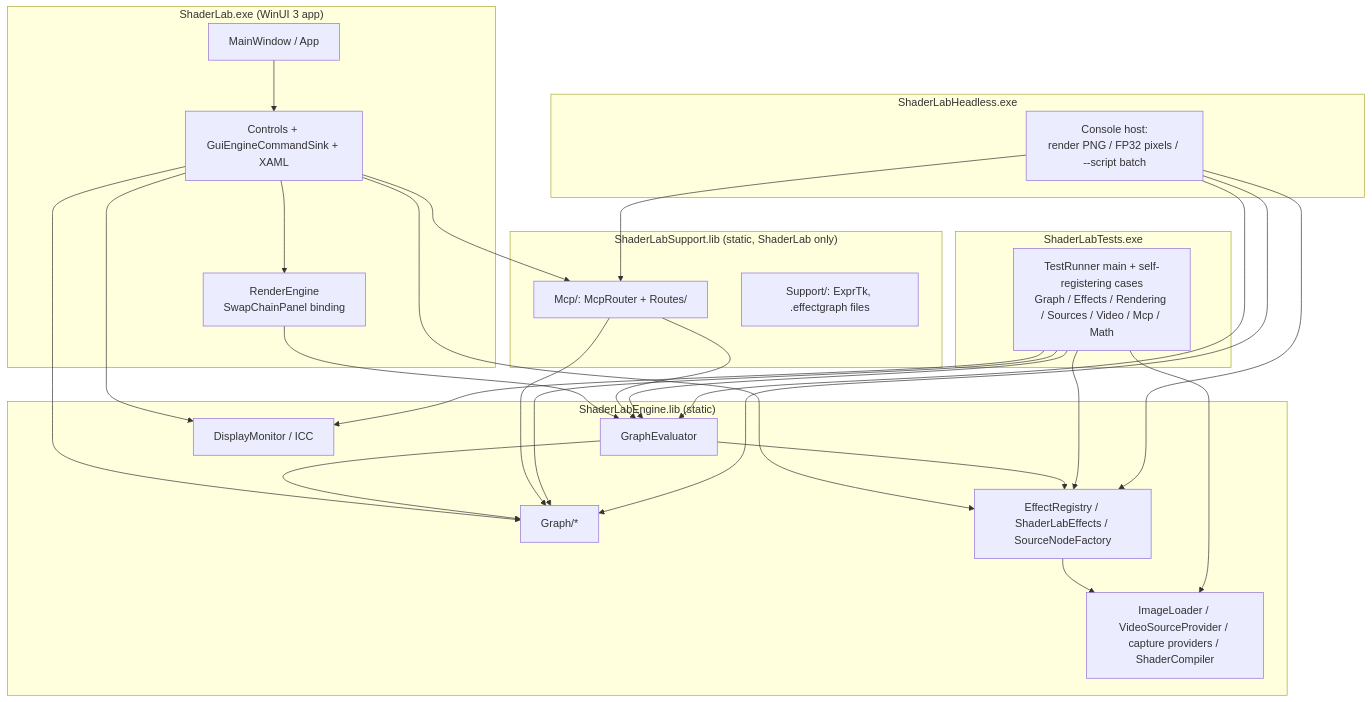
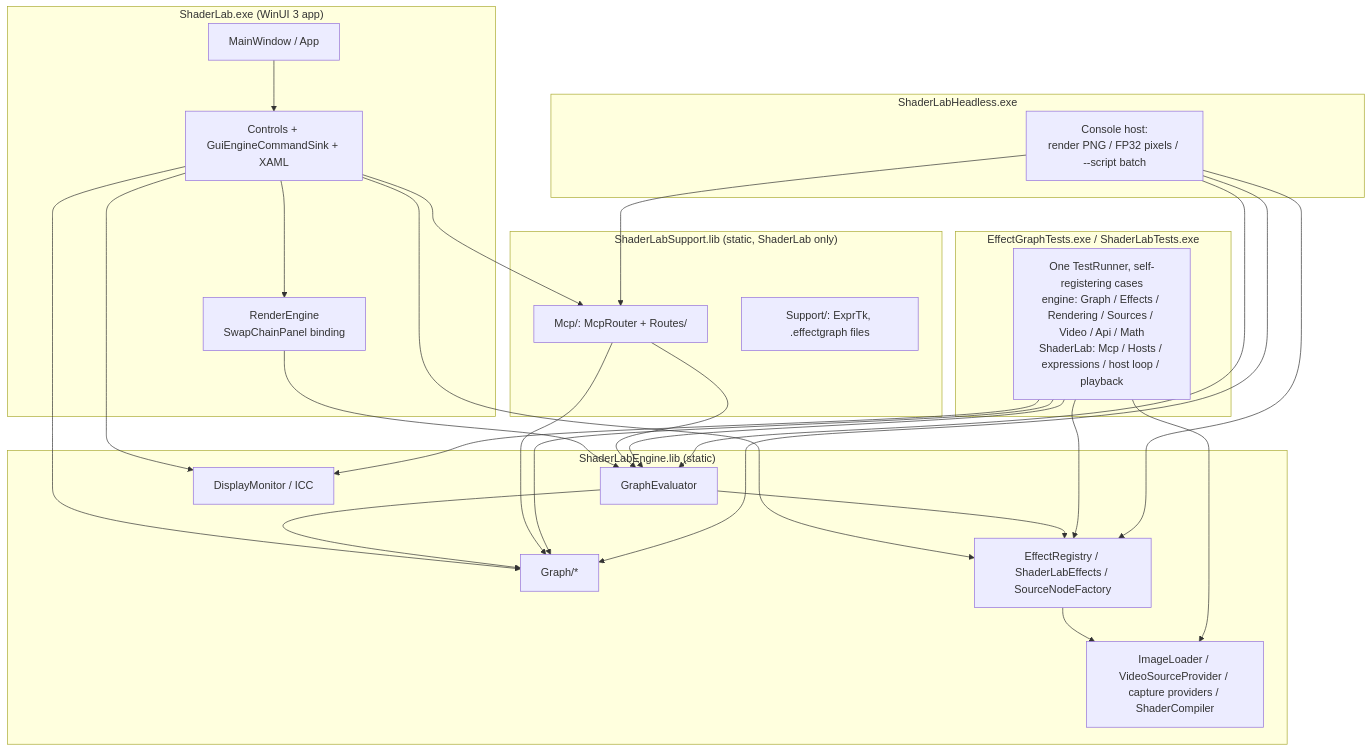
One commit to Spruill-1/ShaderLab changed the diagram in docs/architecture/overview.md. Above: the diagram before and after it, drawn with Mermaid. The commit also changed 39 other files, not shown here.

````diff
--- a/docs/architecture/overview.md
+++ b/docs/architecture/overview.md
@@ -3,51 +3,51 @@
 ```mermaid
 graph TB
     subgraph App["ShaderLab.exe (WinUI 3 app)"]
         MW[MainWindow / App]
         UI[Controls + GuiEngineCommandSink + XAML]
         RE[RenderEngine<br/>SwapChainPanel binding]
     end
 
     subgraph Engine["ShaderLabEngine.lib (static)"]
         EG[Graph/*]
         EV[GraphEvaluator]
         FX[EffectRegistry / ShaderLabEffects / SourceNodeFactory]
         IO[ImageLoader / VideoSourceProvider / capture providers / ShaderCompiler]
         MON[DisplayMonitor / ICC]
     end
 
     subgraph Support["ShaderLabSupport.lib (static, ShaderLab only)"]
         MCP[Mcp/: McpRouter + Routes/]
         SUP[Support/: ExprTk, .effectgraph files]
     end
 
-    subgraph Tests["ShaderLabTests.exe"]
-        TR[TestRunner main + self-registering cases<br/>Graph / Effects / Rendering / Sources / Video / Mcp / Math]
+    subgraph Tests["EffectGraphTests.exe / ShaderLabTests.exe"]
+        TR[One TestRunner, self-registering cases<br/>engine: Graph / Effects / Rendering / Sources / Video / Api / Math<br/>ShaderLab: Mcp / Hosts / expressions / host loop / playback]
     end
 
     subgraph Headless["ShaderLabHeadless.exe"]
         HC[Console host:<br/>render PNG / FP32 pixels / --script batch]
     end
 
     MW --> UI
     UI --> RE
     UI --> MCP
     RE --> EV
     UI --> EG
     UI --> FX
     UI --> MON
     EV --> EG
     EV --> FX
     FX --> IO
     MCP --> EG
     MCP --> EV
     TR --> EG
     TR --> EV
     TR --> FX
     TR --> IO
     TR --> MON
     HC --> EG
     HC --> EV
     HC --> FX
     HC --> MCP
 ```
````
